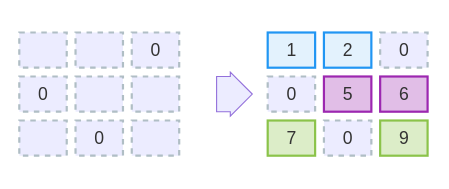
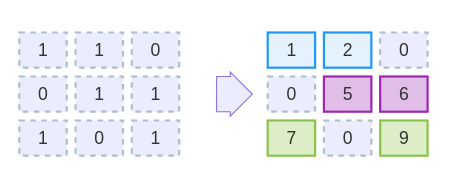
The diagram in mermaid-scripts/03-dropout.mmd (teenytinynn/from-neuron-to-chat), drawn with Mermaid before and after one commit. The commit also changed 6 other files, not shown here.

```diff
--- a/mermaid-scripts/03-dropout.mmd
+++ b/mermaid-scripts/03-dropout.mmd
@@ -1,47 +1,47 @@
 block-beta
 classDef transparent fill:white,stroke:white
 classDef in fill:#E3F2FD,stroke:#2196F3,stroke-width:2px;
 classDef model fill:#FFF9C4,stroke:#FBC02D,stroke-width:2px;
 classDef data fill:#E1BEE7,stroke:#9C27B0,stroke-width:2px;
 classDef test fill:#F8BBD0,stroke:#E91E63,stroke-width:2px;
 classDef out fill:#DCEDC8,stroke:#8BC34A,stroke-width:2px;
 classDef skip stroke:#B0BEC5,stroke-width:2px,stroke-dasharray: 5 5;
 columns 7
 block:image:3
     columns 3
-    x1["&nbsp;"]
-    x2["&nbsp;"]
+    x1["1"]
+    x2["1"]
     x3["0"]
     x4["0"]
-    x5["&nbsp;"]
-    x6["&nbsp;"]
-    x7["&nbsp;"]
+    x5["1"]
+    x6["1"]
+    x7["1"]
     x8["0"]
-    x9["&nbsp;"]
+    x9["1"]
 end
 block:transfer:1
     columns 1
     space
     arrow1<["&nbsp;"]>(right)
     space
 end
 block:flatten:3
     columns 3
     y1["1"]
     y2["2"]
     y3["0"]
     y4["0"]
     y5["5"]
     y6["6"]
     y7["7"]
     y8["0"]
     y9["9"]
 
 end
 
 class x1,x2,x5,x6,x7,x9 skip
 class x3,x4,x8,y3,y4,y8 skip
 class y1,y2 in
 class y5,y6 data
 class y7,y9 out
 class image,transfer,flatten transparent
```
